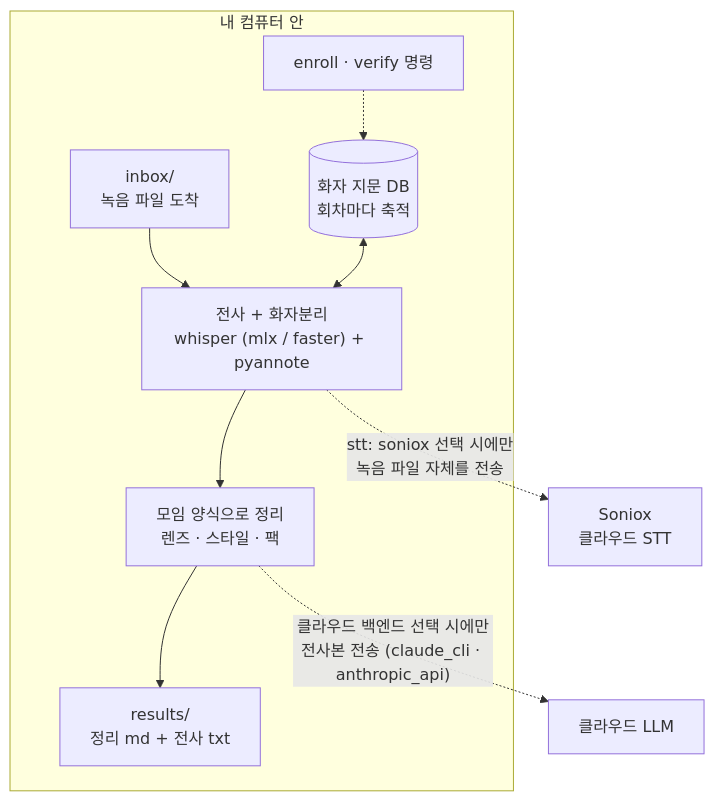
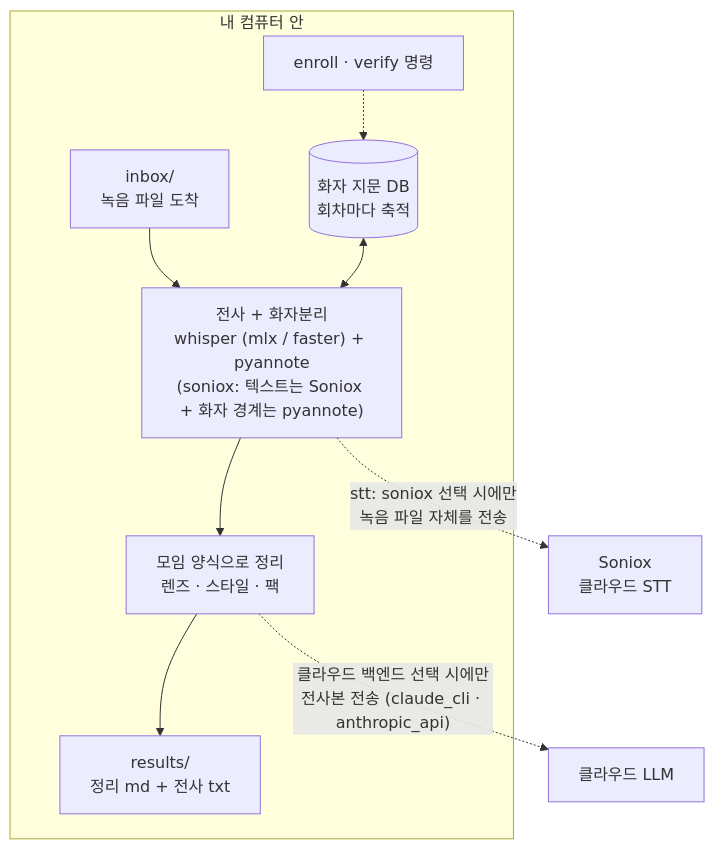
Before and after one commit to kemy-ai/moim-scribe: the diagram in README.ko.md, drawn with Mermaid. The commit also changed other lines of this file, not shown here.

````diff
--- a/README.ko.md
+++ b/README.ko.md
@@ -13,12 +13,12 @@
 ```mermaid
 flowchart TD
     subgraph machine["내 컴퓨터 안"]
-        A["inbox/<br>녹음 파일 도착"] --> B["전사 + 화자분리<br>whisper (mlx / faster) + pyannote"]
+        A["inbox/<br>녹음 파일 도착"] --> B["전사 + 화자분리<br>whisper (mlx / faster) + pyannote<br>(soniox: 텍스트는 Soniox + 화자 경계는 pyannote)"]
         FP[("화자 지문 DB<br>회차마다 축적")] <--> B
         B --> C["모임 양식으로 정리<br>렌즈 · 스타일 · 팩"]
         C --> D["results/<br>정리 md + 전사 txt"]
         V["enroll · verify 명령"] -.-> FP
     end
     B -.->|"stt: soniox 선택 시에만<br>녹음 파일 자체를 전송"| STT["Soniox<br>클라우드 STT"]
     C -.->|"클라우드 백엔드 선택 시에만<br>전사본 전송 (claude_cli · anthropic_api)"| LLM["클라우드 LLM"]
 ```
````
